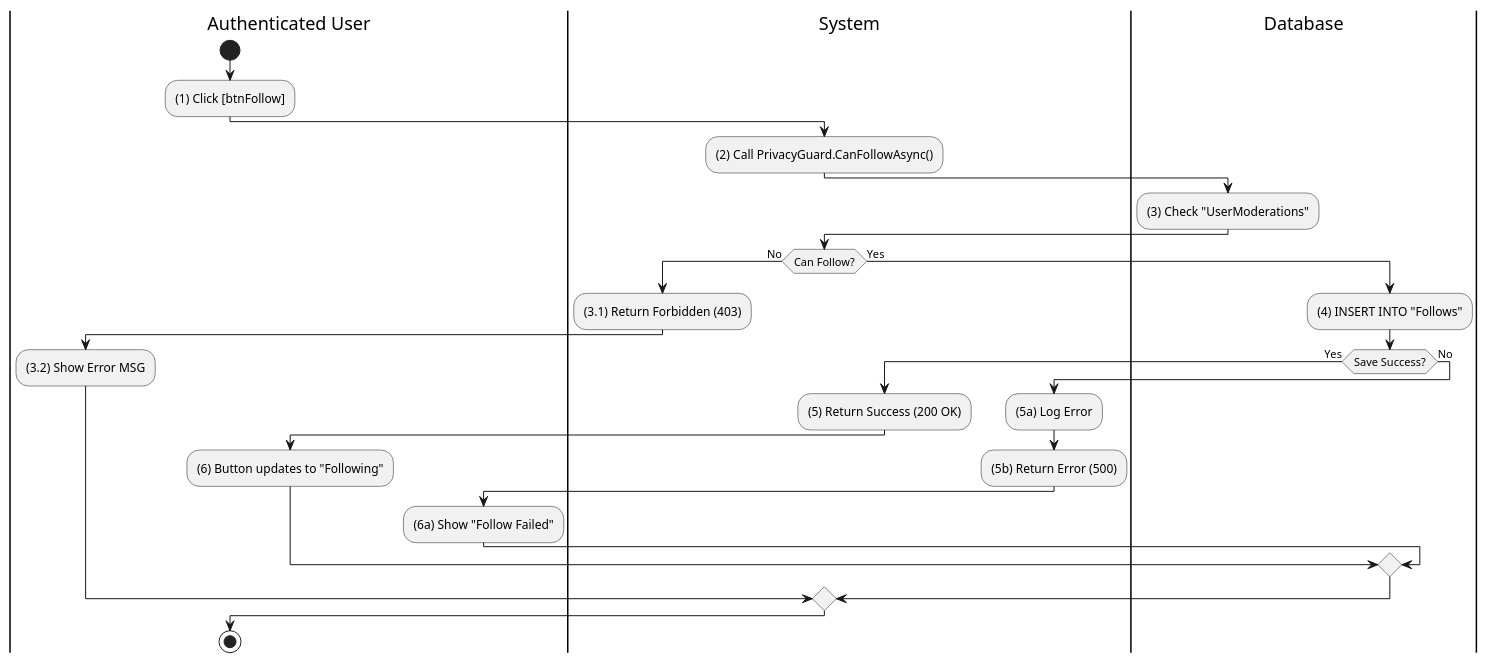
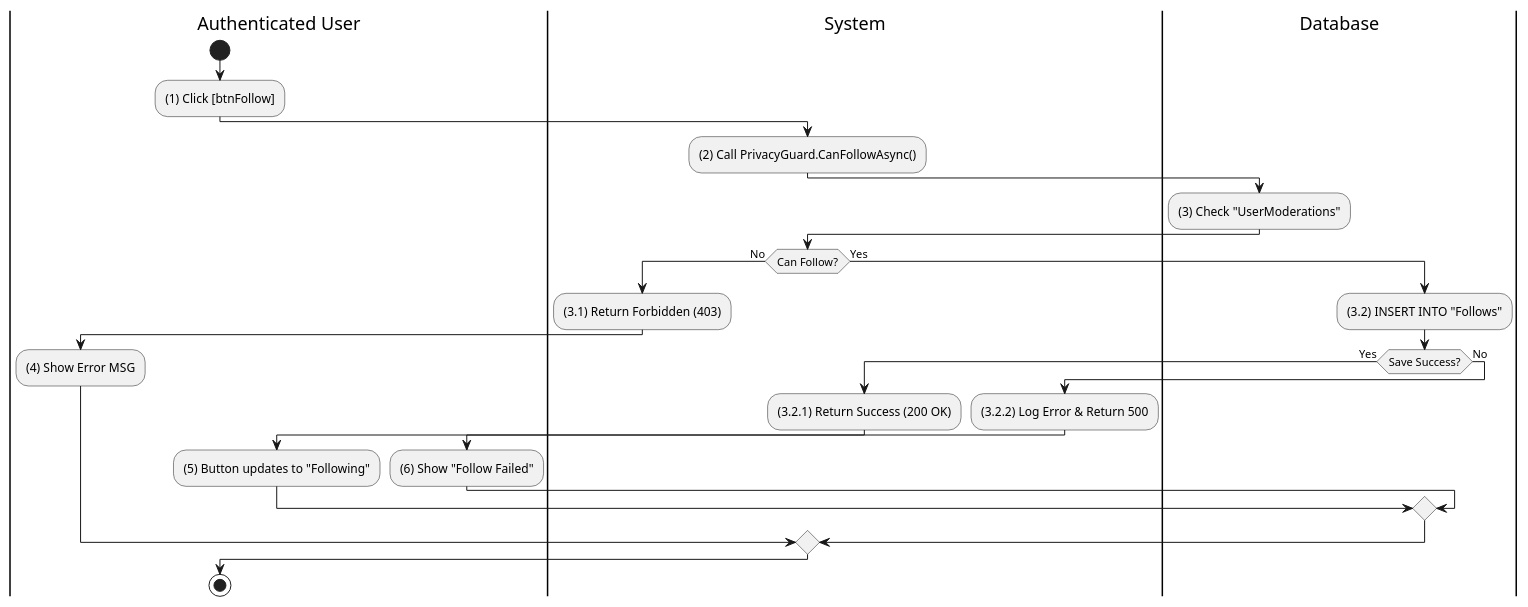
Before and after one commit to I-Love-U-3000/Favi-BE: the third of 14 diagrams in UC_2.1.6_Adjust_Friend.md, drawn with PlantUML. The commit also changed other lines of this file and 36 other files, not shown here.

````diff
--- a/UC_2.1.6_Adjust_Friend.md
+++ b/UC_2.1.6_Adjust_Friend.md
@@ -167,33 +118,32 @@
 ```plantuml
 @startuml
 |Authenticated User|
 start
 :(1) Click [btnFollow];
 |System|
 :(2) Call PrivacyGuard.CanFollowAsync();
 |Database|
 :(3) Check "UserModerations";
 |System|
 if (Can Follow?) then (No)
   :(3.1) Return Forbidden (403);
   |Authenticated User|
-  :(3.2) Show Error MSG;
+  :(4) Show Error MSG;
 else (Yes)
   |Database|
-  :(4) INSERT INTO "Follows";
+  :(3.2) INSERT INTO "Follows";
   if (Save Success?) then (Yes)
     |System|
-    :(5) Return Success (200 OK);
+    :(3.2.1) Return Success (200 OK);
     |Authenticated User|
-    :(6) Button updates to "Following";
+    :(5) Button updates to "Following";
   else (No)
     |System|
-    :(5a) Log Error;
-    :(5b) Return Error (500);
+    :(3.2.2) Log Error & Return 500;
     |Authenticated User|
-    :(6a) Show "Follow Failed";
+    :(6) Show "Follow Failed";
   endif
 endif
 stop
 @enduml
 ```
````
